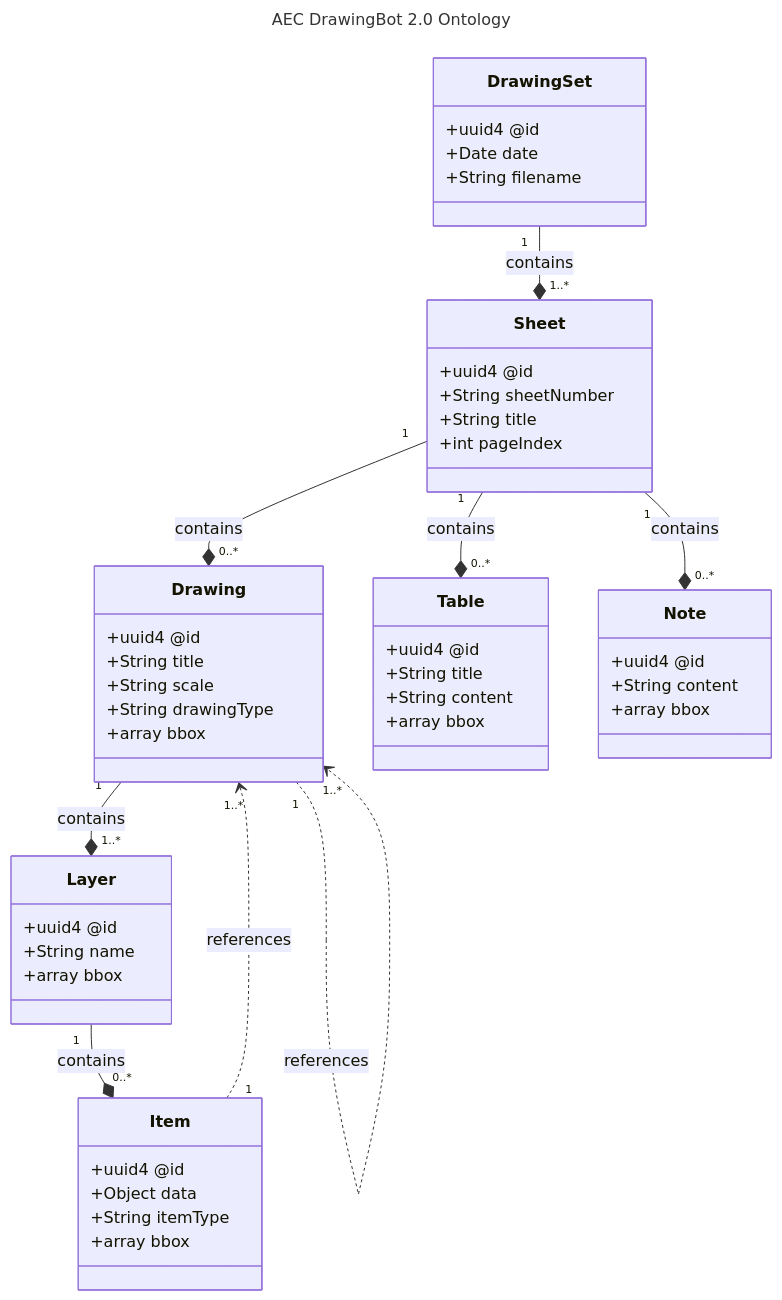
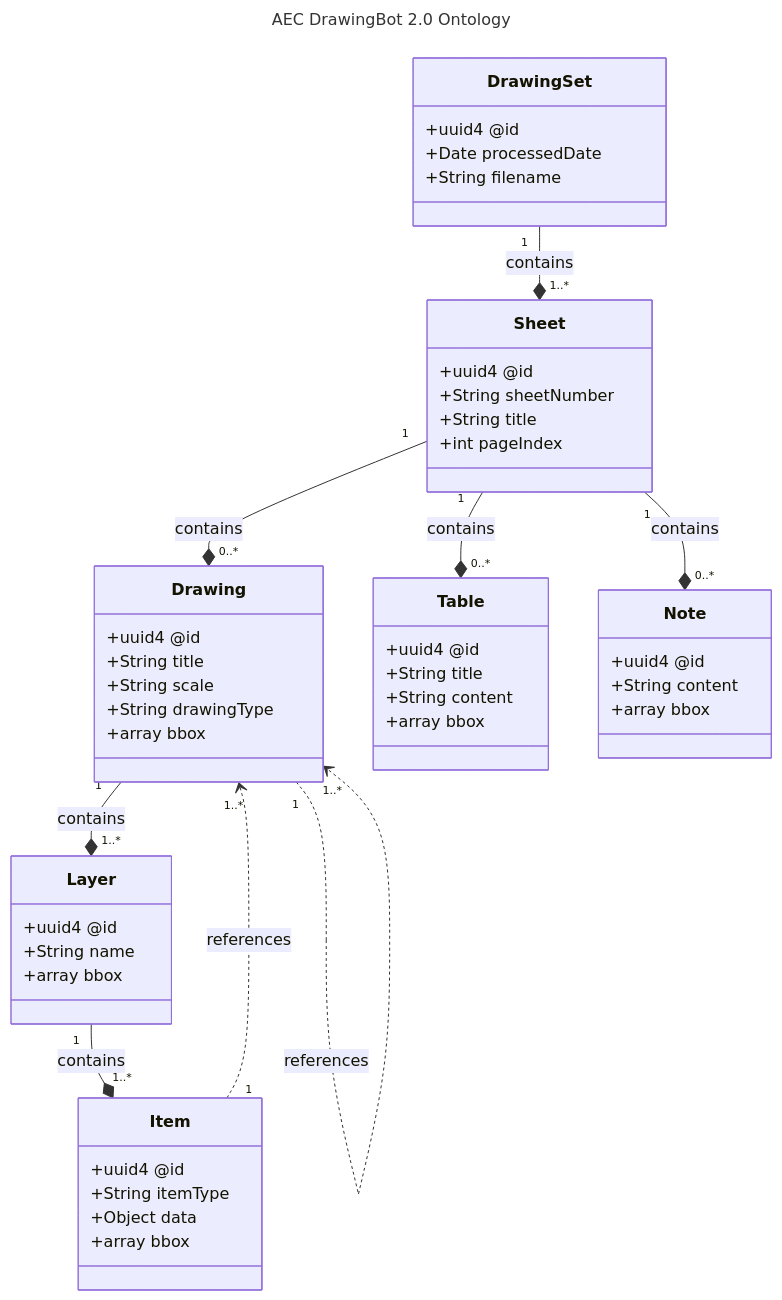
Before and after one commit to jeff-carmichael/aecdo: the diagram in ontology/v0.1.0/diagram.mmd, drawn with Mermaid. The commit also changed 5 other files, not shown here.

Commit message:
added automation to rebuild mermaid diagram on commit and github workflow to check for changes

```diff
--- a/ontology/v0.1.0/diagram.mmd
+++ b/ontology/v0.1.0/diagram.mmd
@@ -1,57 +1,57 @@
 ---
 title: AEC DrawingBot 2.0 Ontology
 ---
 
 classDiagram
     class DrawingSet {
 		    +uuid4 @id
-        +Date date
-        +String filename
+		    +Date processedDate
+		    +String filename
     }
     class Sheet {
 		    +uuid4 @id
-        +String sheetNumber
-        +String title
-        +int pageIndex
+		    +String sheetNumber
+		    +String title
+		    +int pageIndex
     }
     class Drawing {
 		    +uuid4 @id
-        +String title
-        +String scale
-        +String drawingType
-        +array bbox
+		    +String title
+		    +String scale
+		    +String drawingType
+		    +array bbox
     }
     class Layer {
 		    +uuid4 @id
-        +String name
-        +array bbox
+		    +String name
+		    +array bbox
     }
     class Item {
 		    +uuid4 @id
+		    +String itemType
 		    +Object data
-		    +String itemType
 		    +array bbox
     }
     class Table {
 		    +uuid4 @id
-        +String title
-        +String content
-        +array bbox
+		    +String title
+		    +String content
+		    +array bbox
     }
     class Note {
 		    +uuid4 @id
-        +String content
-        +array bbox
+		    +String content
+		    +array bbox
     }
 
 		%% Structure Relationships
     DrawingSet "1" --* "1..*" Sheet : contains
     Sheet "1" --* "0..*" Drawing : contains
     Sheet "1" --* "0..*" Table : contains
     Sheet "1" --* "0..*" Note : contains
     Drawing "1" --* "1..*" Layer : contains
-    Layer "1" --* "0..*" Item : contains
+    Layer "1" --* "1..*" Item : contains
 
     %% The Reference Relationships
+    Drawing "1" ..> "1..*" Drawing : references
     Item "1" ..> "1..*" Drawing : references
-    Drawing "1" ..> "1..*"  Drawing : references
```
